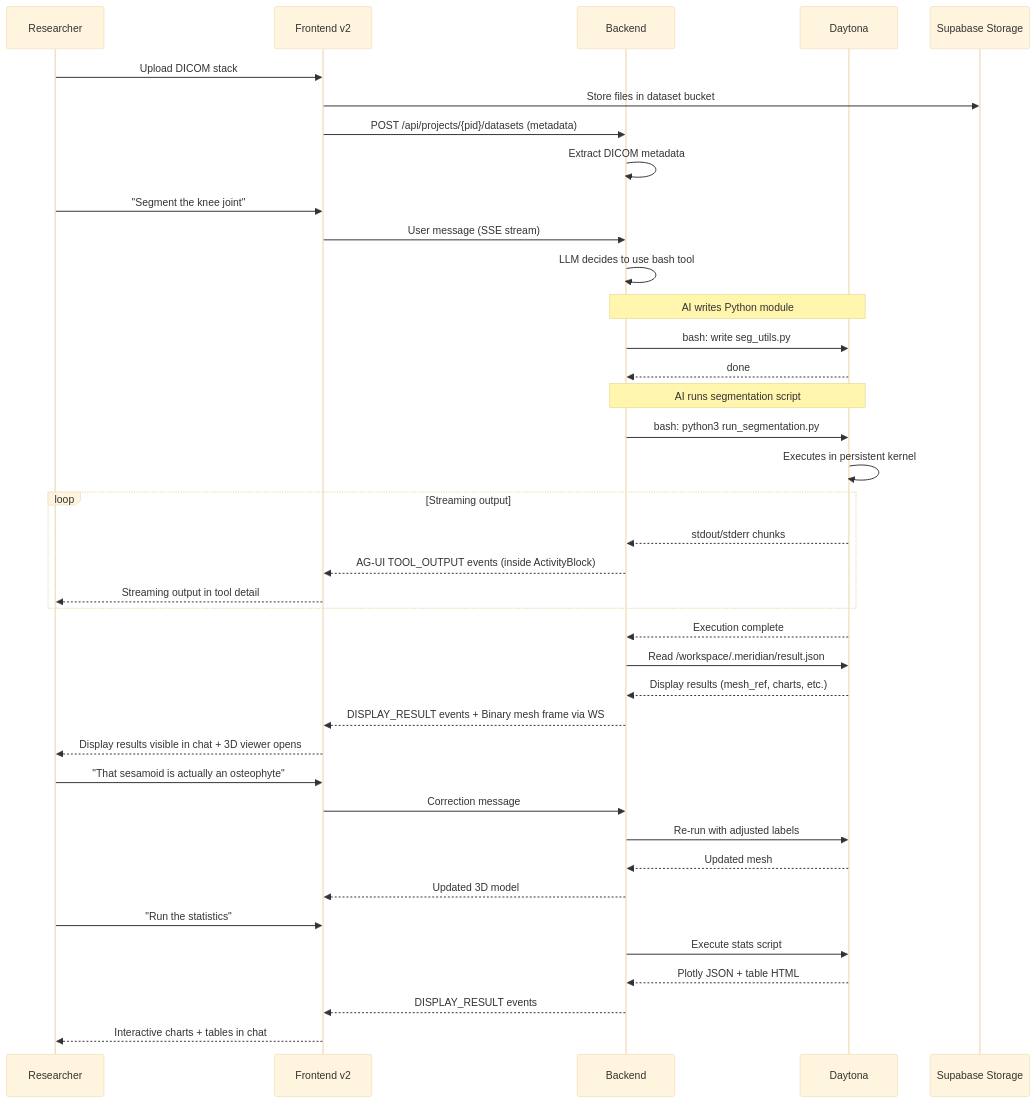
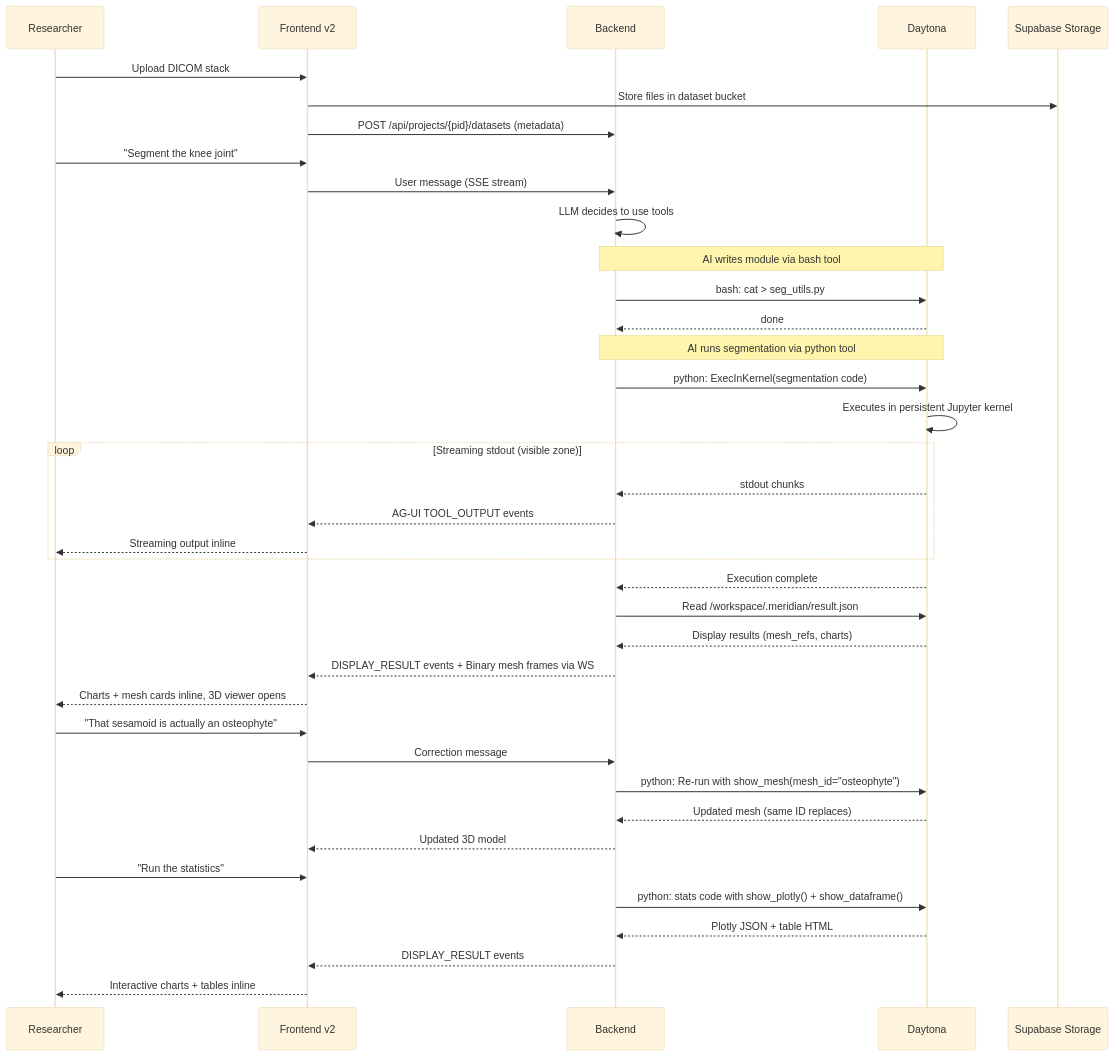
One commit to haowjy/meridian-flow changed the second of 2 diagrams in .meridian/work/biomedical-mvp/design/overview.md. Above: the diagram before and after it, drawn with Mermaid (base theme). The commit also changed other lines of this file and 12 other files, not shown here.

First line of the commit message:
Revise biomedical MVP design docs for two-tool model and inline results

````diff
--- a/.meridian/work/biomedical-mvp/design/overview.md
+++ b/.meridian/work/biomedical-mvp/design/overview.md
@@ -102,49 +121,48 @@
 ```mermaid
 sequenceDiagram
     participant R as Researcher
     participant F as Frontend v2
     participant B as Backend
     participant D as Daytona
     participant S as Supabase Storage
 
     R->>F: Upload DICOM stack
     F->>S: Store files in dataset bucket
     F->>B: POST /api/projects/{pid}/datasets (metadata)
-    B->>B: Extract DICOM metadata
 
     R->>F: "Segment the knee joint"
     F->>B: User message (SSE stream)
-    B->>B: LLM decides to use bash tool
+    B->>B: LLM decides to use tools
 
-    Note over B,D: AI writes Python module
-    B->>D: bash: write seg_utils.py
+    Note over B,D: AI writes module via bash tool
+    B->>D: bash: cat > seg_utils.py
     D-->>B: done
 
-    Note over B,D: AI runs segmentation script
-    B->>D: bash: python3 run_segmentation.py
-    D->>D: Executes in persistent kernel
+    Note over B,D: AI runs segmentation via python tool
+    B->>D: python: ExecInKernel(segmentation code)
+    D->>D: Executes in persistent Jupyter kernel
 
-    loop Streaming output
-        D-->>B: stdout/stderr chunks
-        B-->>F: AG-UI TOOL_OUTPUT events (inside ActivityBlock)
-        F-->>R: Streaming output in tool detail
+    loop Streaming stdout (visible zone)
+        D-->>B: stdout chunks
+        B-->>F: AG-UI TOOL_OUTPUT events
+        F-->>R: Streaming output inline
     end
 
     D-->>B: Execution complete
     B->>D: Read /workspace/.meridian/result.json
-    D-->>B: Display results (mesh_ref, charts, etc.)
-    B-->>F: DISPLAY_RESULT events + Binary mesh frame via WS
-    F-->>R: Display results visible in chat + 3D viewer opens
+    D-->>B: Display results (mesh_refs, charts)
+    B-->>F: DISPLAY_RESULT events + Binary mesh frames via WS
+    F-->>R: Charts + mesh cards inline, 3D viewer opens
 
     R->>F: "That sesamoid is actually an osteophyte"
     F->>B: Correction message
-    B->>D: Re-run with adjusted labels
-    D-->>B: Updated mesh
+    B->>D: python: Re-run with show_mesh(mesh_id="osteophyte")
+    D-->>B: Updated mesh (same ID replaces)
     B-->>F: Updated 3D model
 
     R->>F: "Run the statistics"
-    B->>D: Execute stats script
+    B->>D: python: stats code with show_plotly() + show_dataframe()
     D-->>B: Plotly JSON + table HTML
     B-->>F: DISPLAY_RESULT events
-    F-->>R: Interactive charts + tables in chat
+    F-->>R: Interactive charts + tables inline
 ```
````
